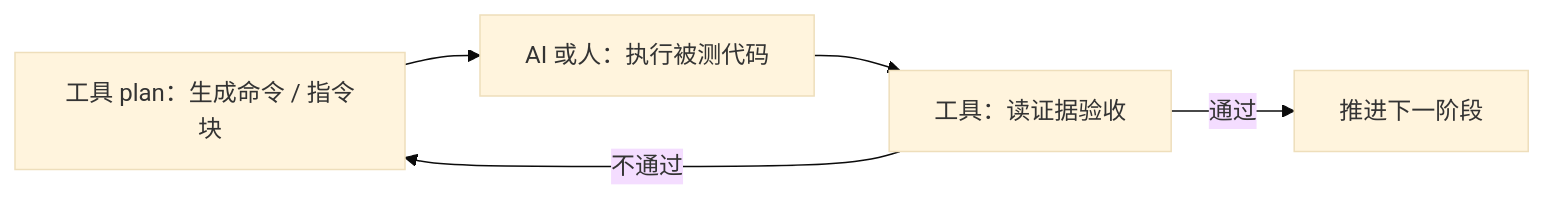
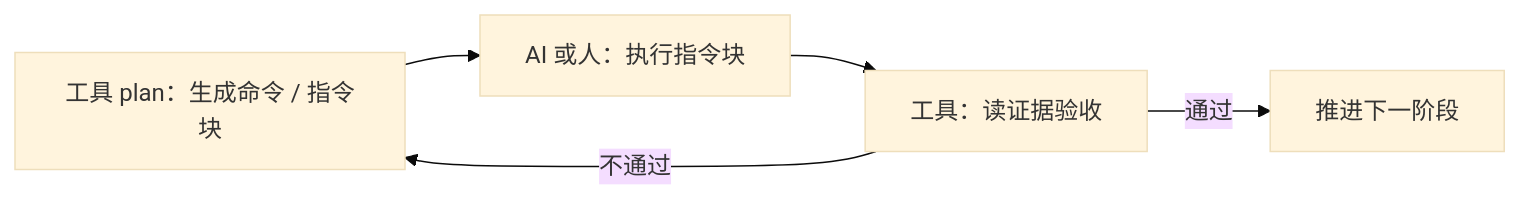
Before and after one commit to tochikoma777/refactor-pilot: the diagram in README.md, drawn with Mermaid (base theme). The commit also changed other lines of this file and 1 other file, not shown here.

Commit message:
docs: README 案例前后一致 + 表格瘦身 + mermaid 措辞；CODEBUDDY 新增同源同步规矩

````diff
--- a/README.md
+++ b/README.md
@@ -83,7 +95,7 @@
 ```mermaid
 flowchart LR
-    P[工具 plan：生成命令 / 指令块] --> E[AI 或人：执行被测代码]
+    P[工具 plan：生成命令 / 指令块] --> E[AI 或人：执行指令块]
     E --> V[工具：读证据验收]
     V -->|不通过| P
     V -->|通过| N[推进下一阶段]
 ```
````
